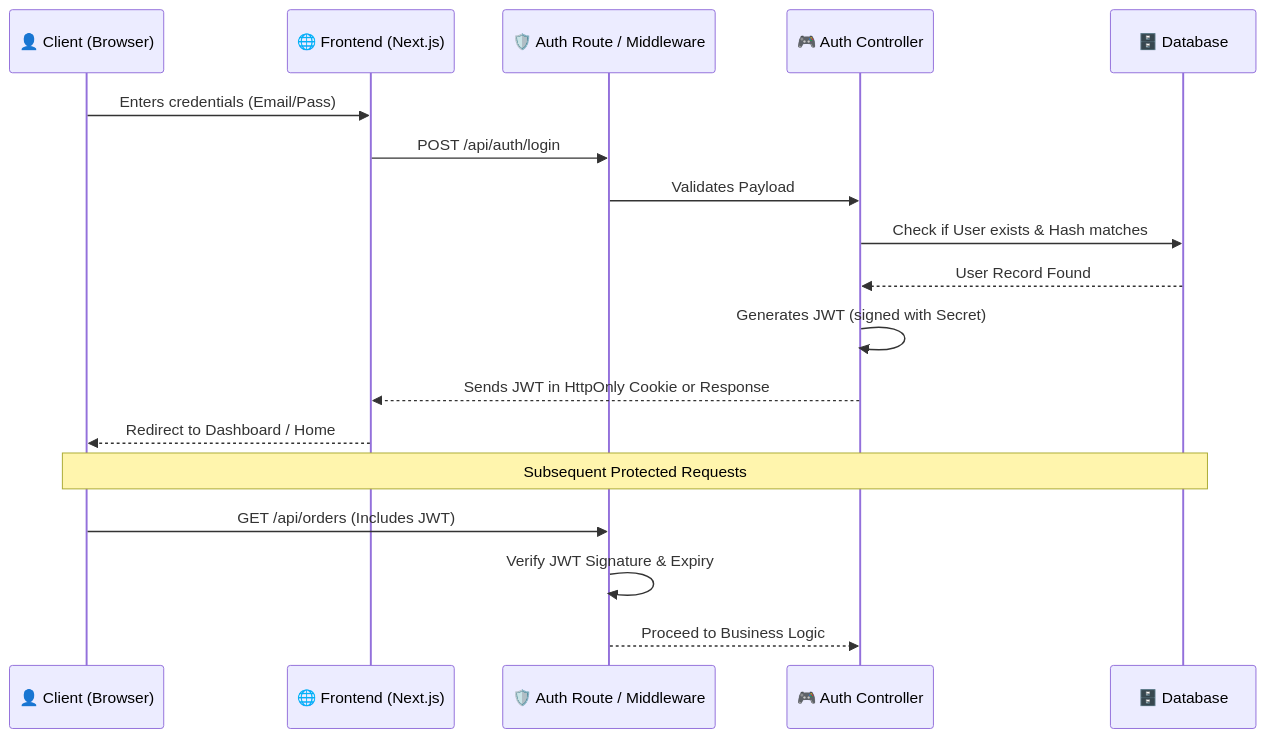
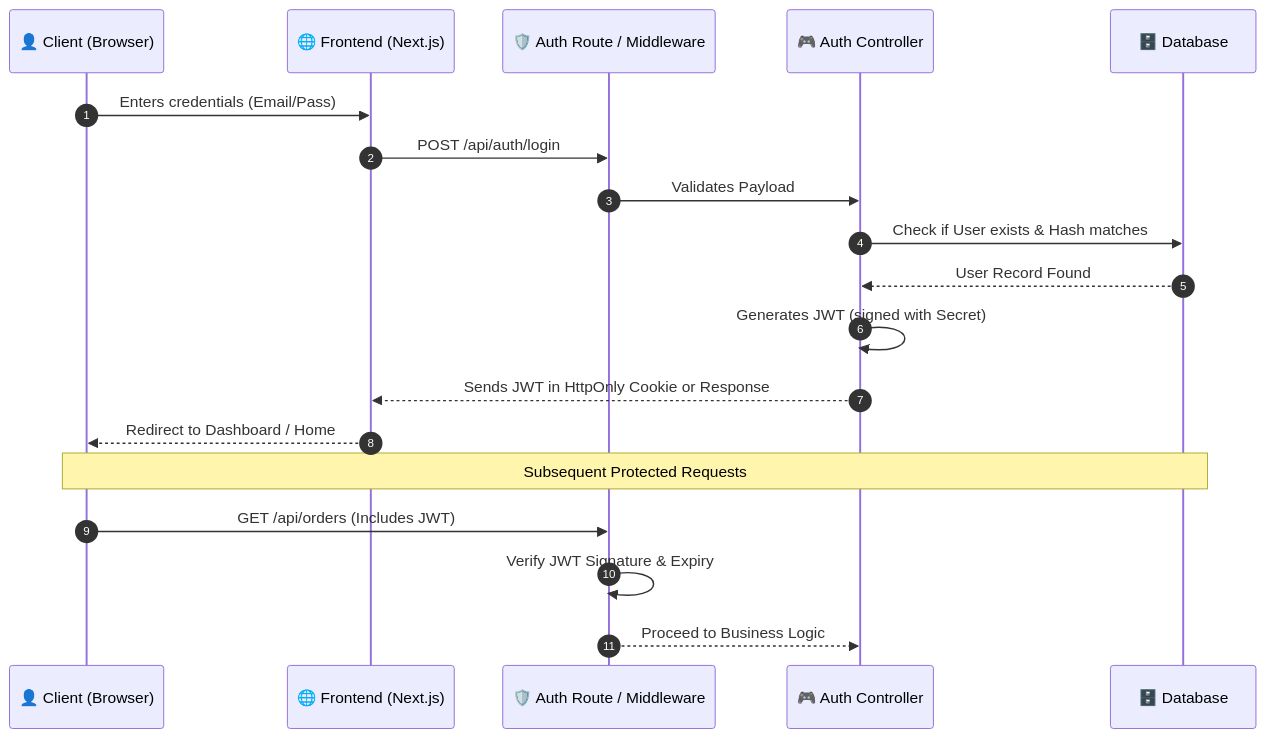
One commit to zakaishere/arch changed the second of 4 diagrams in README.md. Above: the diagram before and after it, drawn with Mermaid. The commit also changed other lines of this file, not shown here.

````diff
--- a/README.md
+++ b/README.md
@@ -88,22 +88,23 @@
 ```mermaid
 sequenceDiagram
+    autonumber
     participant User as 👤 Client (Browser)
     participant NextJS as 🌐 Frontend (Next.js)
     participant AuthAPI as 🛡️ Auth Route / Middleware
     participant Controller as 🎮 Auth Controller
     participant DB as 🗄️ Database
     
     User->>NextJS: Enters credentials (Email/Pass)
     NextJS->>AuthAPI: POST /api/auth/login
     AuthAPI->>Controller: Validates Payload
     Controller->>DB: Check if User exists & Hash matches
     DB-->>Controller: User Record Found
     Controller->>Controller: Generates JWT (signed with Secret)
     Controller-->>NextJS: Sends JWT in HttpOnly Cookie or Response
     NextJS-->>User: Redirect to Dashboard / Home
     
     Note over User,DB: Subsequent Protected Requests
     User->>AuthAPI: GET /api/orders (Includes JWT)
     AuthAPI->>AuthAPI: Verify JWT Signature & Expiry
     AuthAPI-->>Controller: Proceed to Business Logic
 ```
````
